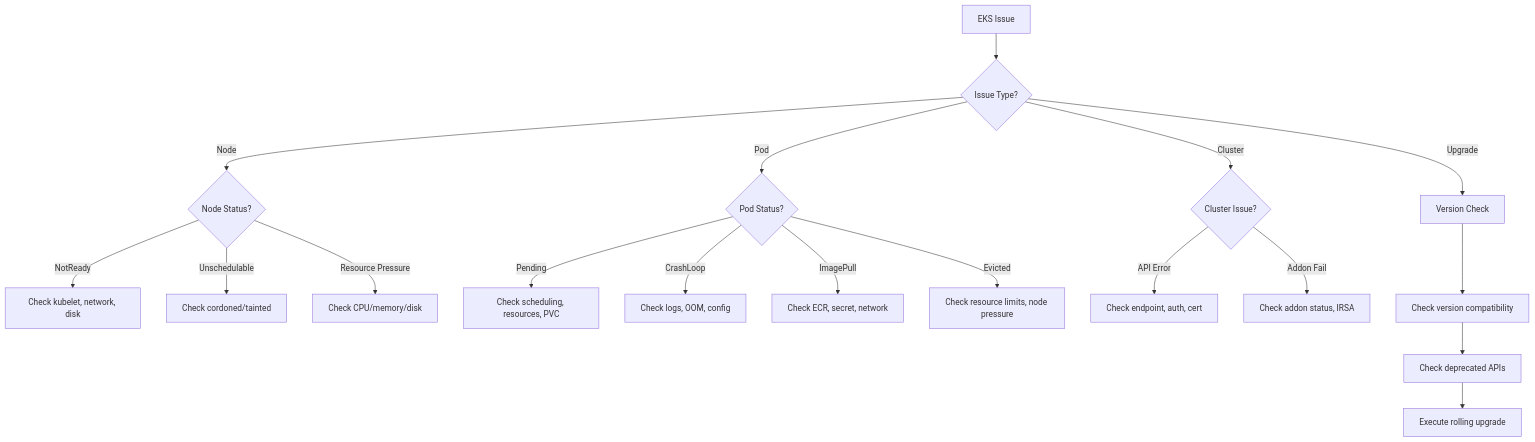
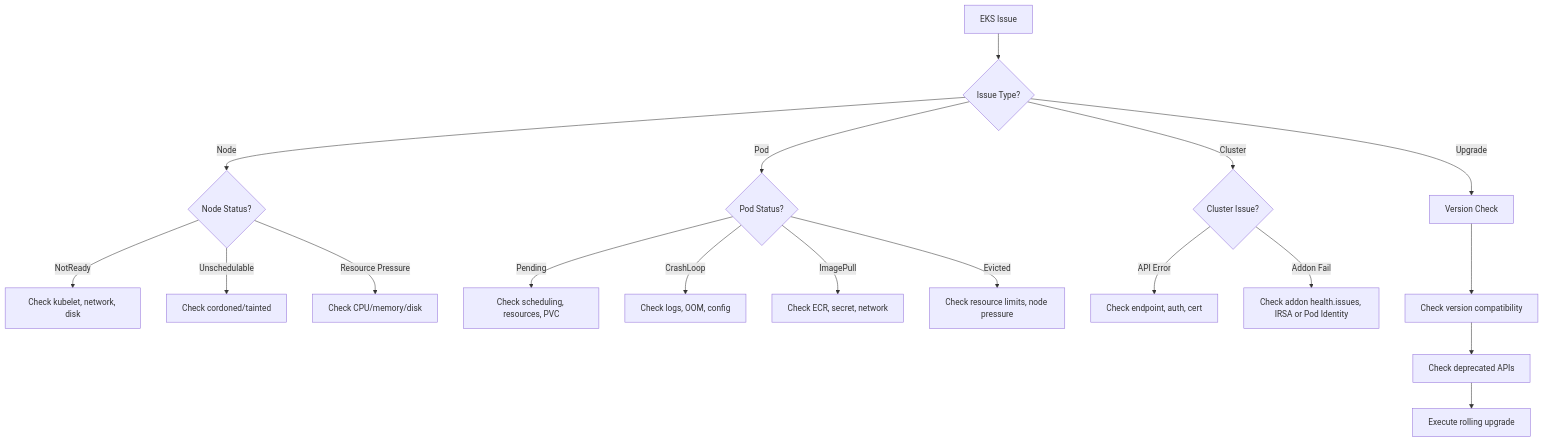
One commit to Atom-oh/oh-my-cloud-skills changed the diagram in packages/claude/aws-ops-plugin/agents/eks-agent.md. Above: the diagram before and after it, drawn with Mermaid. The commit also changed other lines of this file and 87 other files, not shown here.

````diff
--- a/packages/claude/aws-ops-plugin/agents/eks-agent.md
+++ b/packages/claude/aws-ops-plugin/agents/eks-agent.md
@@ -120,25 +132,25 @@
 ```mermaid
 flowchart TD
     START[EKS Issue] --> TYPE{Issue Type?}
 
     TYPE -->|Node| NODE{Node Status?}
     TYPE -->|Pod| POD{Pod Status?}
     TYPE -->|Cluster| CLUSTER{Cluster Issue?}
     TYPE -->|Upgrade| UPGRADE[Version Check]
 
     NODE -->|NotReady| NR[Check kubelet, network, disk]
     NODE -->|Unschedulable| CORDON[Check cordoned/tainted]
     NODE -->|Resource Pressure| PRESSURE[Check CPU/memory/disk]
 
     POD -->|Pending| PENDING[Check scheduling, resources, PVC]
     POD -->|CrashLoop| CRASH[Check logs, OOM, config]
     POD -->|ImagePull| IMAGE[Check ECR, secret, network]
     POD -->|Evicted| EVICT[Check resource limits, node pressure]
 
     CLUSTER -->|API Error| API[Check endpoint, auth, cert]
-    CLUSTER -->|Addon Fail| ADDON[Check addon status, IRSA]
+    CLUSTER -->|Addon Fail| ADDON[Check addon health.issues, IRSA or Pod Identity]
 
     UPGRADE --> COMPAT[Check version compatibility]
     COMPAT --> DEPRECATION[Check deprecated APIs]
     DEPRECATION --> ROLLING[Execute rolling upgrade]
 ```
````
